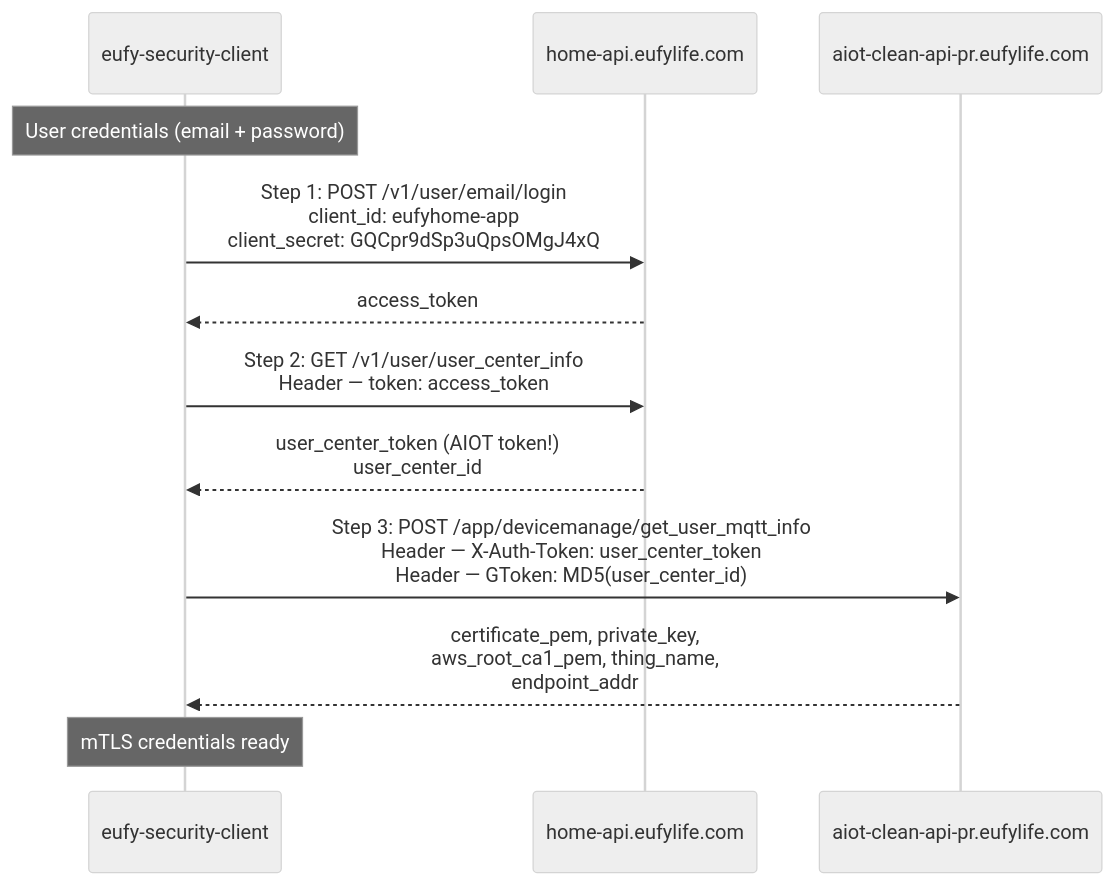
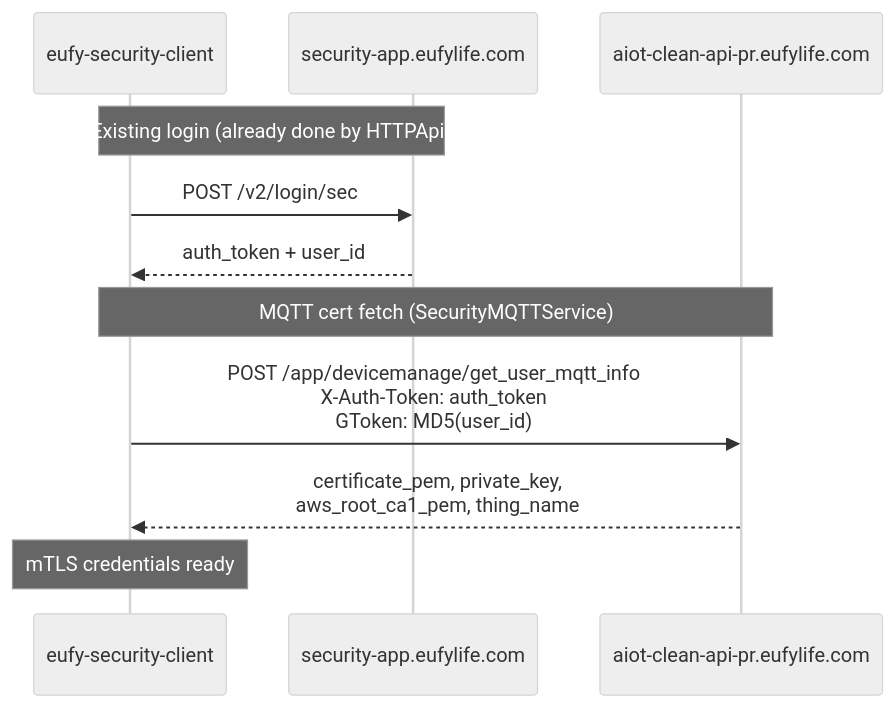
One commit to bropat/eufy-security-client changed the second of 3 diagrams in dev-docs/t85d0-smart-lock-protocol.md. Above: the diagram before and after it, drawn with Mermaid (neutral theme). The commit also changed other lines of this file and 3 other files, not shown here.

First line of the commit message:
Eliminate EufyHome login from SecurityMQTTService

````diff
--- a/dev-docs/t85d0-smart-lock-protocol.md
+++ b/dev-docs/t85d0-smart-lock-protocol.md
@@ -198,19 +121,16 @@
 ```mermaid
 sequenceDiagram
     participant Client as eufy-security-client
-    participant EufyHome as home-api.eufylife.com
+    participant SecAPI as security-app.eufylife.com
     participant AIOT as aiot-clean-api-pr.eufylife.com
 
-    Note over Client: User credentials (email + password)
+    Note over Client,SecAPI: Existing login (already done by HTTPApi)
+    Client->>SecAPI: POST /v2/login/sec
+    SecAPI-->>Client: auth_token + user_id
 
-    Client->>EufyHome: Step 1: POST /v1/user/email/login<br/>client_id: eufyhome-app<br/>client_secret: GQCpr9dSp3uQpsOMgJ4xQ
-    EufyHome-->>Client: access_token
-
-    Client->>EufyHome: Step 2: GET /v1/user/user_center_info<br/>Header — token: access_token
-    EufyHome-->>Client: user_center_token (AIOT token!)<br/>user_center_id
-
-    Client->>AIOT: Step 3: POST /app/devicemanage/get_user_mqtt_info<br/>Header — X-Auth-Token: user_center_token<br/>Header — GToken: MD5(user_center_id)
-    AIOT-->>Client: certificate_pem, private_key,<br/>aws_root_ca1_pem, thing_name,<br/>endpoint_addr
+    Note over Client,AIOT: MQTT cert fetch (SecurityMQTTService)
+    Client->>AIOT: POST /app/devicemanage/get_user_mqtt_info<br/>X-Auth-Token: auth_token<br/>GToken: MD5(user_id)
+    AIOT-->>Client: certificate_pem, private_key,<br/>aws_root_ca1_pem, thing_name
 
     Note over Client: mTLS credentials ready
 ```
````
